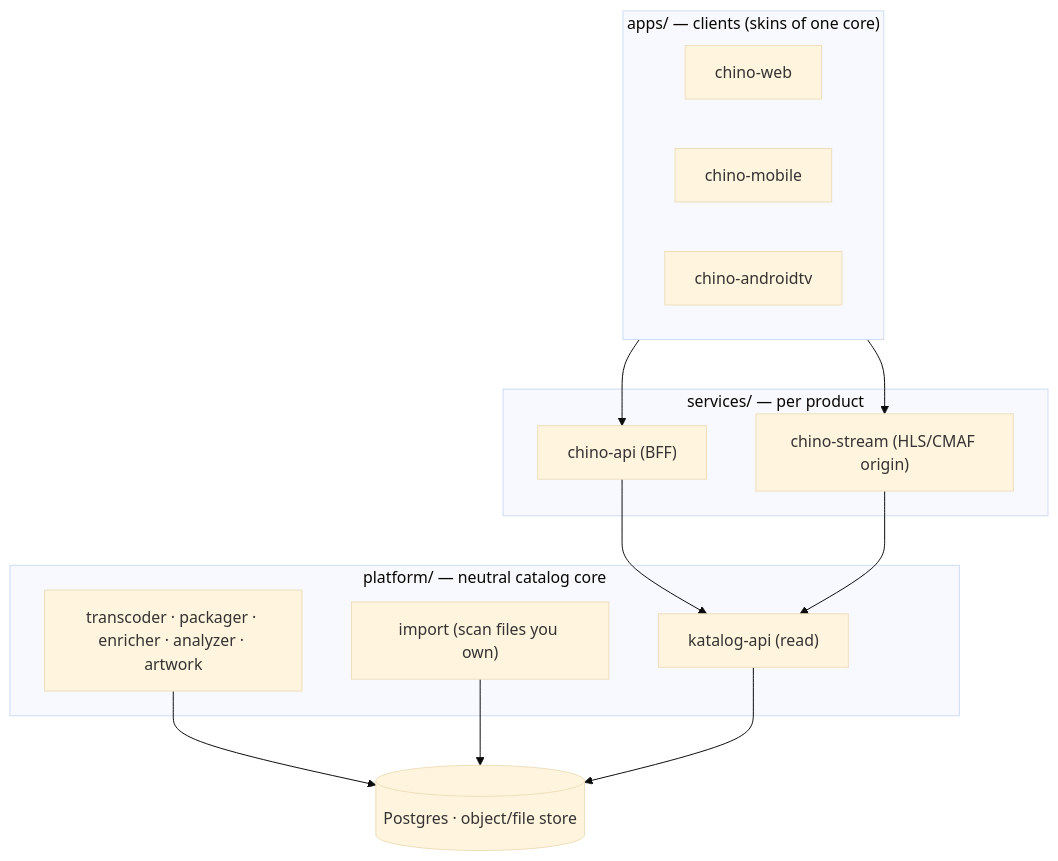
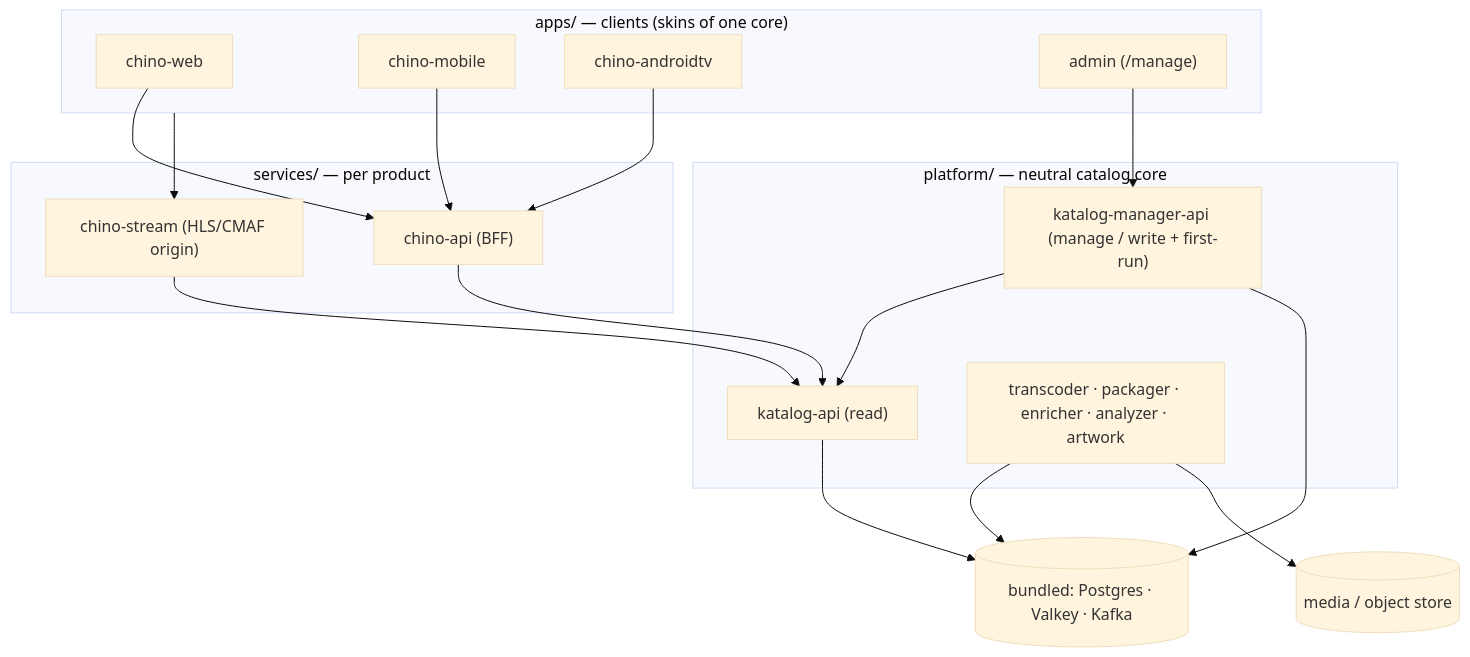
Before and after one commit to zaentrum/zaentrum-operator: the first of 2 diagrams in docs/architecture.md, drawn with Mermaid (base theme). The commit also changed other lines of this file and 81 other files, not shown here.

First line of the commit message:
All-in-one rework: docker-run hero, k3s-in-one image, admin UI, neutral Go manage-API

````diff
--- a/docs/architecture.md
+++ b/docs/architecture.md
@@ -10,21 +10,28 @@
 ```mermaid
 flowchart TD
   subgraph clients["apps/ — clients (skins of one core)"]
-    web["chino-web"]; mob["chino-mobile"]; tv["chino-androidtv"]
+    web["chino-web"]; mob["chino-mobile"]; tv["chino-androidtv"]; admin["admin (/manage)"]
   end
   subgraph product["services/ — per product"]
     api["chino-api (BFF)"]; stream["chino-stream (HLS/CMAF origin)"]
   end
   subgraph core["platform/ — neutral catalog core"]
-    kapi["katalog-api (read)"]; proc["transcoder · packager · enricher · analyzer · artwork"]
-    imp["import (scan files you own)"]
+    kapi["katalog-api (read)"]
+    kmgr["katalog-manager-api (manage / write + first-run)"]
+    proc["transcoder · packager · enricher · analyzer · artwork"]
   end
-  store[("Postgres · object/file store")]
-  clients --> api
+  bundled[("bundled: Postgres · Valkey · Kafka")]
+  store[("media / object store")]
+  web --> api
+  mob --> api
+  tv --> api
+  admin --> kmgr
   clients --> stream
   api --> kapi
   stream --> kapi
+  kmgr --> kapi
+  kmgr --> bundled
+  proc --> bundled
   proc --> store
-  imp --> store
-  kapi --> store
+  kapi --> bundled
 ```
````
